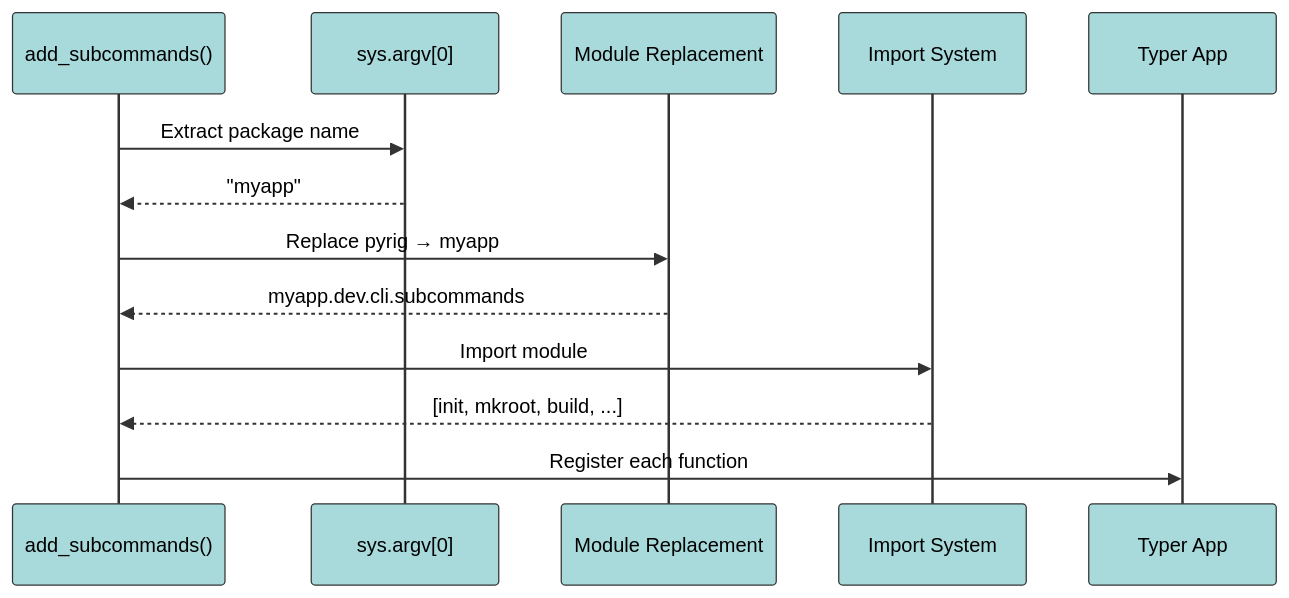
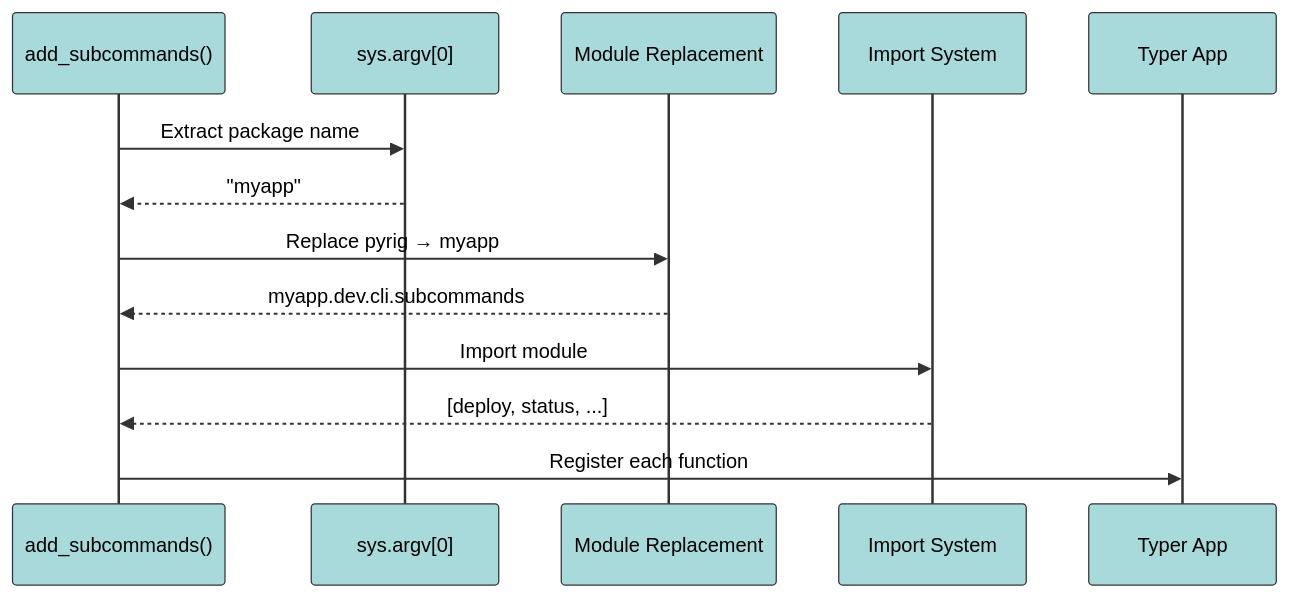
The second of 5 diagrams in docs/cli/architecture.md (Winipedia/pyrig), drawn with Mermaid before and after one commit. The commit also changed other lines of this file and 48 other files, not shown here.

````diff
--- a/docs/cli/architecture.md
+++ b/docs/cli/architecture.md
@@ -53,17 +53,17 @@
 ```mermaid
 %%{init: {'theme':'base', 'themeVariables': { 'primaryColor':'#a8dadc','primaryTextColor':'#000','primaryBorderColor':'#333','lineColor':'#333','secondaryColor':'#90be6d','tertiaryColor':'#f4a261','actorBkg':'#a8dadc','actorBorder':'#333','actorTextColor':'#000','signalColor':'#333','signalTextColor':'#000'}}}%%
 sequenceDiagram
     participant CLI as add_subcommands()
     participant Argv as sys.argv[0]
     participant Replace as Module Replacement
     participant Import as Import System
     participant Typer as Typer App
 
     CLI->>Argv: Extract package name
     Argv-->>CLI: "myapp"
     CLI->>Replace: Replace pyrig → myapp
     Replace-->>CLI: myapp.dev.cli.subcommands
     CLI->>Import: Import module
-    Import-->>CLI: [init, mkroot, build, ...]
+    Import-->>CLI: [deploy, status, ...]
     CLI->>Typer: Register each function
 ```
````
